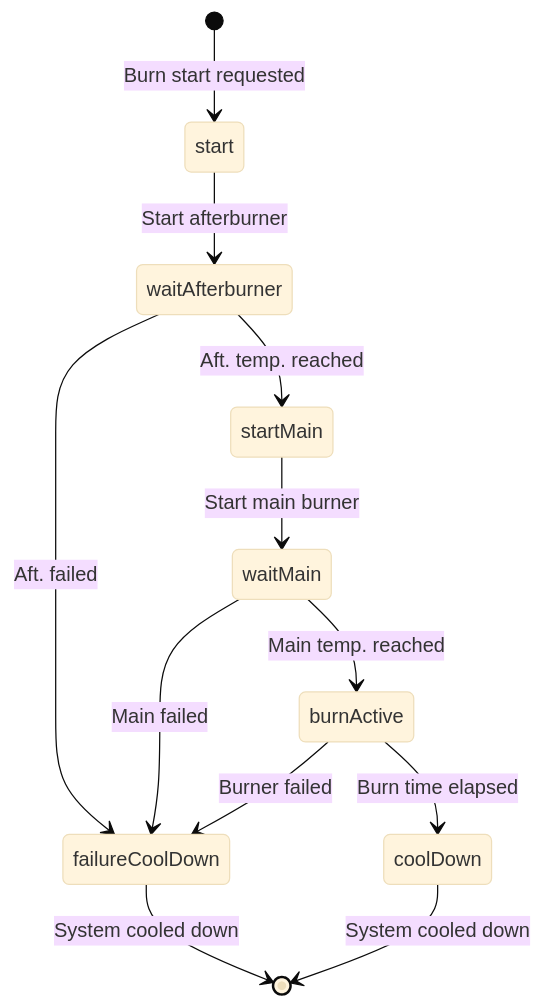
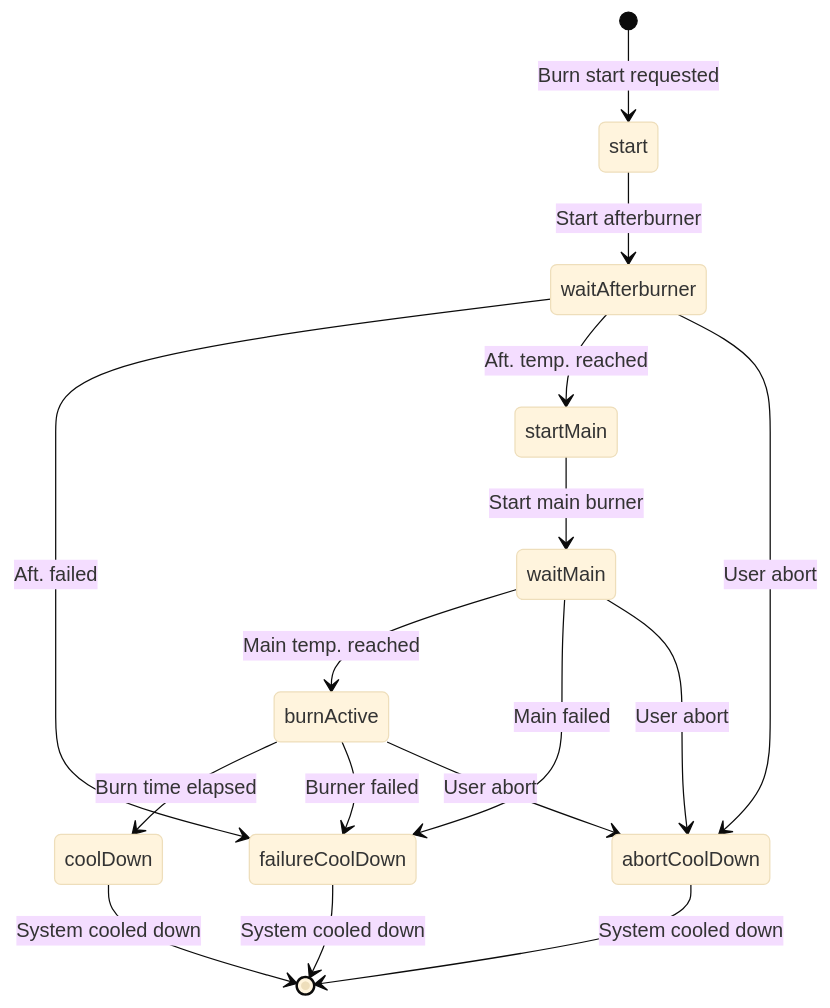
Before and after one commit to cadus/incinerator: the diagram in docs/incinerator.md, drawn with Mermaid (base theme). The commit also changed 5 other files, not shown here.

Commit message:
Add incinerator::abort() and dedicated cooldown modes for abort & failure

````diff
--- a/docs/incinerator.md
+++ b/docs/incinerator.md
@@ -11,14 +11,18 @@
 ``` mermaid
 stateDiagram-v2
   [*] --> start: Burn start requested
   start --> waitAfterburner: Start afterburner
   waitAfterburner --> failureCoolDown: Aft. failed
-  failureCoolDown --> [*]: System cooled down
   waitAfterburner --> startMain: Aft. temp. reached
+  waitAfterburner --> abortCoolDown: User abort
   startMain --> waitMain: Start main burner
   waitMain --> burnActive: Main temp. reached
   waitMain --> failureCoolDown: Main failed
+  waitMain --> abortCoolDown: User abort
   burnActive --> coolDown: Burn time elapsed
   burnActive --> failureCoolDown: Burner failed
+  burnActive --> abortCoolDown: User abort
   coolDown --> [*]: System cooled down
+  failureCoolDown --> [*]: System cooled down
+  abortCoolDown --> [*]: System cooled down
 ```
````
